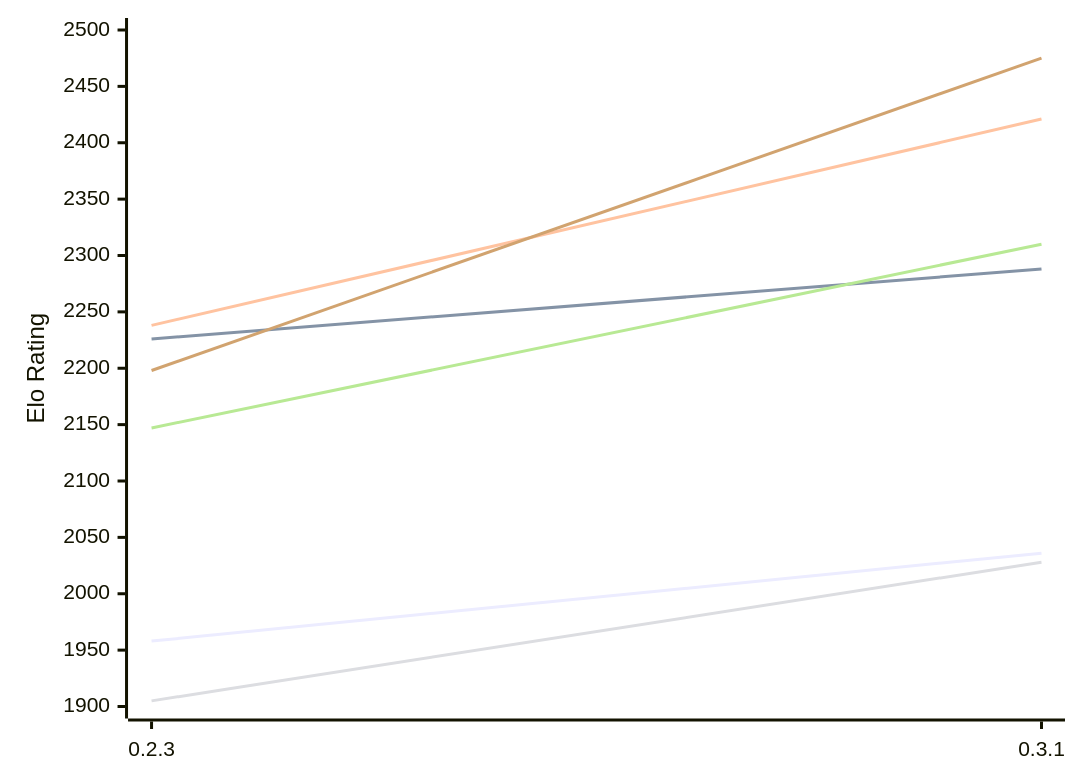
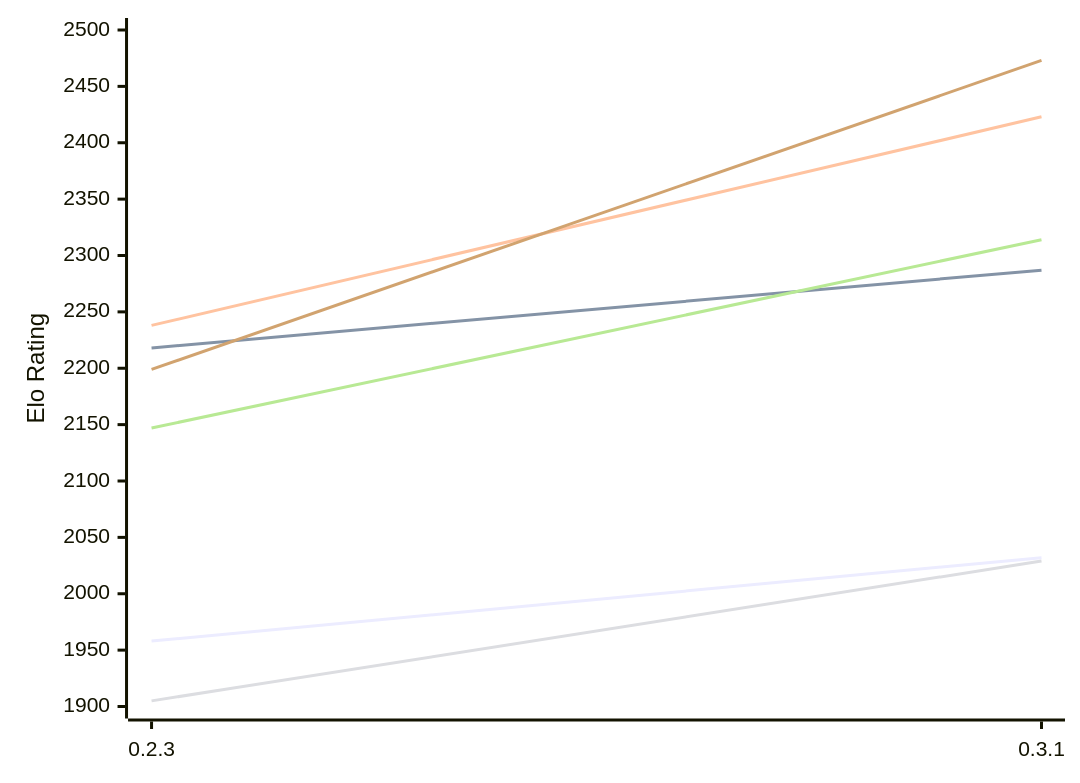
Before and after one commit to computer-chess-index/cci: the first of 2 diagrams in engines/Lolbot.md, drawn with Mermaid. The commit also changed other lines of this file, not shown here.

Commit message:
Update CCI Ratings (ELO VLTC) - 2026-11-27

````diff
--- a/engines/Lolbot.md
+++ b/engines/Lolbot.md
@@ -53,12 +53,12 @@
 ```mermaid
 %%{init: {"theme":"base","themeVariables":{"seriesColors:['#a3a3a3','#222221','#faa371']}}}%%
 xychart-beta
   x-axis ["0.2.3", "0.3.1"]
   y-axis "Elo Rating" 1900 --> 2500
-  line "E1: STC (8.0+0.08s)" [1958, 2036]
-  line "E1: LTC (60.0+0.60s)" [2226, 2288]
-  line "E1: VLTC (2m24s+1.12s)" [2238, 2421]
-  line "P1: STC (8.0+0.08s)" [1905, 2028]
-  line "P1: LTC (60.0+0.60s)" [2147, 2310]
-  line "P1: VLTC (2m24s+1.12s)" [2198, 2475]
+  line "E1: STC (8.0+0.08s)" [1958, 2032]
+  line "E1: LTC (60.0+0.60s)" [2218, 2287]
+  line "E1: VLTC (2m24s+1.12s)" [2238, 2423]
+  line "P1: STC (8.0+0.08s)" [1905, 2029]
+  line "P1: LTC (60.0+0.60s)" [2147, 2314]
+  line "P1: VLTC (2m24s+1.12s)" [2199, 2473]
 ```
````
